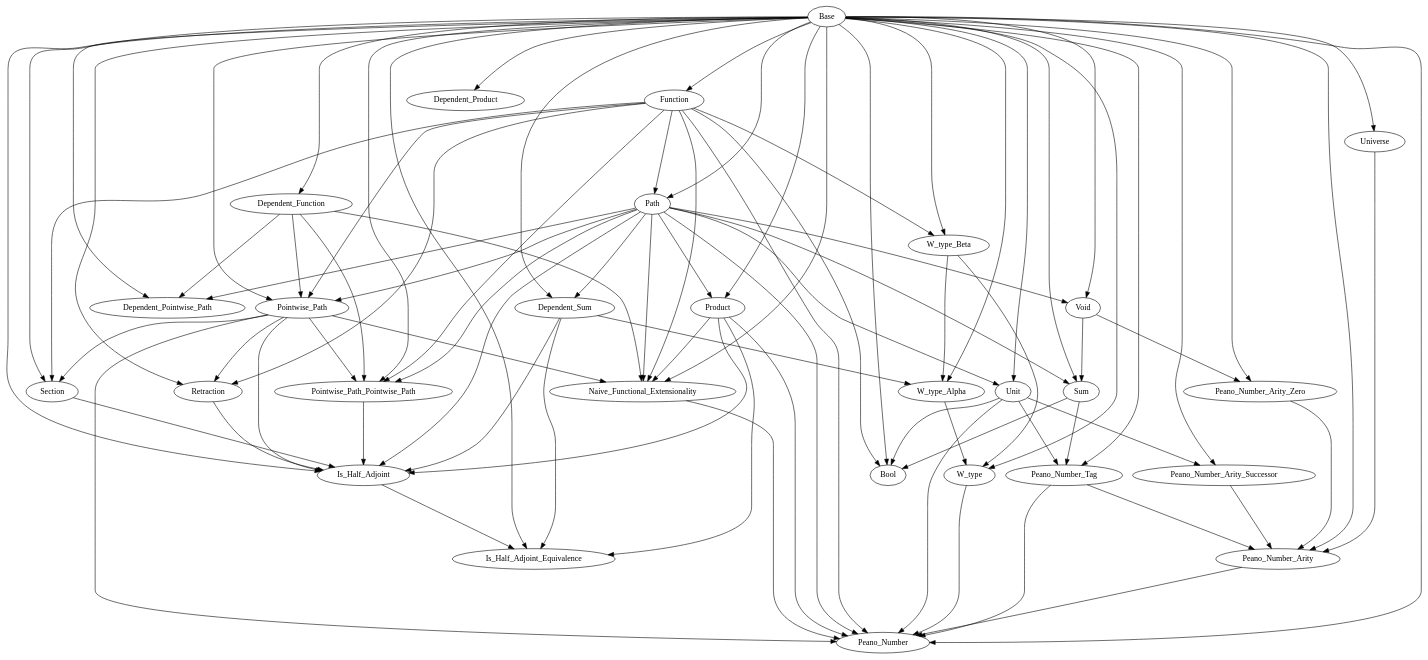
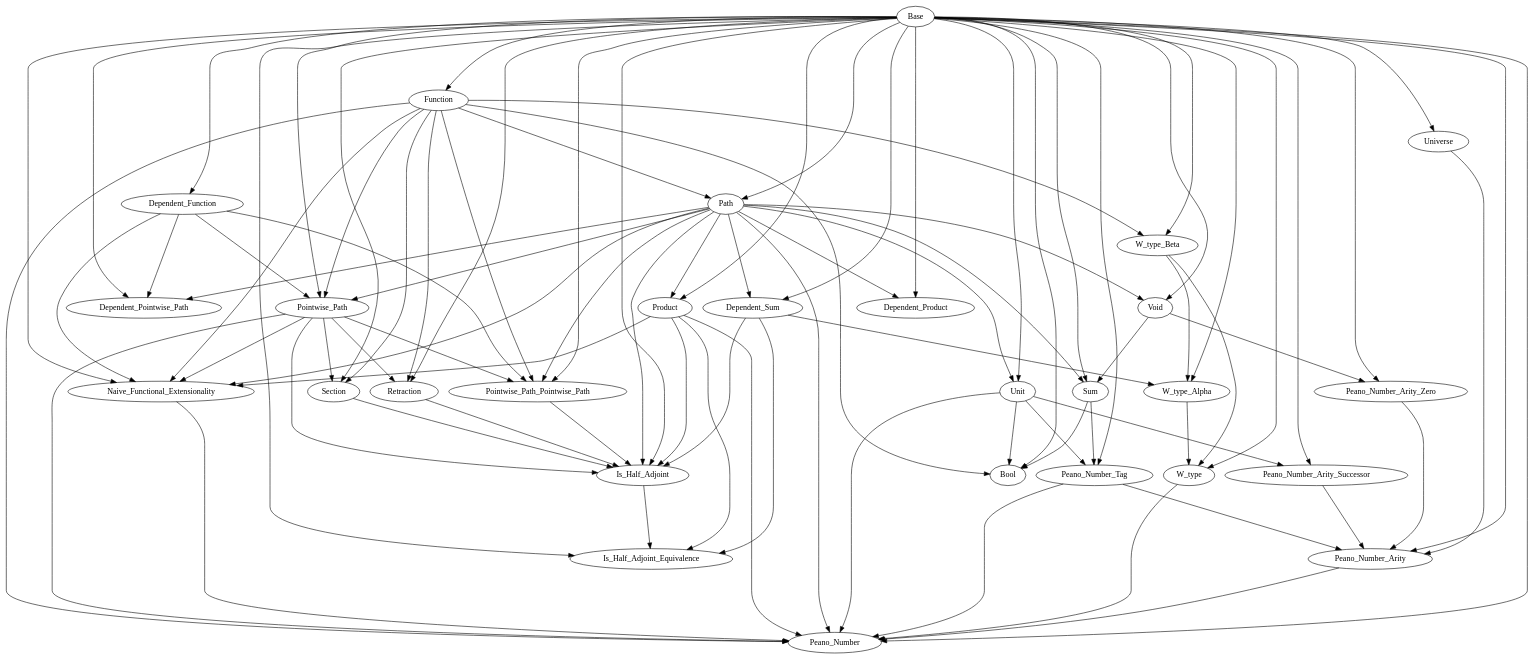
One commit to Hexirp/googology-in-coq changed the diagram in libraries/dependencies.gv. Above: the diagram before and after it, drawn with Graphviz. The commit also changed 1 other file, not shown here.

Commit message:
Update: Dependent_Product の余場合分けを実装する

```diff
--- a/libraries/dependencies.gv
+++ b/libraries/dependencies.gv
@@ -1,119 +1,120 @@
 digraph Dependencies {
   edge [ minlen = 3 ];
 
   # Base
   # Dependent_Function
   "Base" -> "Dependent_Function";
   # Function
   "Base" -> "Function";
   # Path
   "Base" -> "Path";
   "Function" -> "Path";
   # Void
   "Base" -> "Void";
   "Path" -> "Void";
   # Unit
   "Base" -> "Unit";
   "Path" -> "Unit";
   # Sum
   "Base" -> "Sum";
   "Path" -> "Sum";
   "Void" -> "Sum";
   # Product
   "Base" -> "Product";
   "Path" -> "Product";
   # Dependent_Sum
   "Base" -> "Dependent_Sum";
   "Path" -> "Dependent_Sum";
   # Dependent_Product
   "Base" -> "Dependent_Product";
+  "Path" -> "Dependent_Product";
   # W_type_Beta
   "Base" -> "W_type_Beta";
   "Function" -> "W_type_Beta";
   # W_type_Alpha
   "Base" -> "W_type_Alpha";
   "Dependent_Sum" -> "W_type_Alpha";
   "W_type_Beta" -> "W_type_Alpha";
   # W_type
   "Base" -> "W_type";
   "W_type_Alpha" -> "W_type";
   "W_type_Beta" -> "W_type";
   # Universe
   "Base" -> "Universe";
   # Dependent_Pointwise_Path
   "Base" -> "Dependent_Pointwise_Path";
   "Dependent_Function" -> "Dependent_Pointwise_Path";
   "Path" -> "Dependent_Pointwise_Path";
   # Pointwise_Path
   "Base" -> "Pointwise_Path";
   "Dependent_Function" -> "Pointwise_Path";
   "Function" -> "Pointwise_Path";
   "Path" -> "Pointwise_Path";
   # Pointwise_Path_Pointwise_Path
   "Base" -> "Pointwise_Path_Pointwise_Path";
   "Dependent_Function" -> "Pointwise_Path_Pointwise_Path";
   "Function" -> "Pointwise_Path_Pointwise_Path";
   "Path" -> "Pointwise_Path_Pointwise_Path";
   "Pointwise_Path" -> "Pointwise_Path_Pointwise_Path";
   # Section
   "Base" -> "Section";
   "Function" -> "Section";
   "Pointwise_Path" -> "Section";
   # Retraction
   "Base" -> "Retraction";
   "Function" -> "Retraction";
   "Pointwise_Path" -> "Retraction";
   # Is_Half_Adjoint
   "Base" -> "Is_Half_Adjoint";
   "Dependent_Sum" -> "Is_Half_Adjoint";
   "Product" -> "Is_Half_Adjoint";
   "Path" -> "Is_Half_Adjoint";
   "Pointwise_Path" -> "Is_Half_Adjoint";
   "Pointwise_Path_Pointwise_Path" -> "Is_Half_Adjoint";
   "Section" -> "Is_Half_Adjoint";
   "Retraction" -> "Is_Half_Adjoint";
   # Is_Half_Adjoint_Equivalence
   "Base" -> "Is_Half_Adjoint_Equivalence";
   "Dependent_Sum" -> "Is_Half_Adjoint_Equivalence";
   "Product" -> "Is_Half_Adjoint_Equivalence";
   "Is_Half_Adjoint" -> "Is_Half_Adjoint_Equivalence";
   # Naive_Functional_Extensionality
   "Base" -> "Naive_Functional_Extensionality";
   "Dependent_Function" -> "Naive_Functional_Extensionality";
   "Function" -> "Naive_Functional_Extensionality";
   "Product" -> "Naive_Functional_Extensionality";
   "Path" -> "Naive_Functional_Extensionality";
   "Pointwise_Path" -> "Naive_Functional_Extensionality";
   # Bool
   "Base" -> "Bool";
   "Function" -> "Bool";
   "Sum" -> "Bool";
   "Unit" -> "Bool";
   # Peano_Number_Tag
   "Base" -> "Peano_Number_Tag";
   "Sum" -> "Peano_Number_Tag";
   "Unit" -> "Peano_Number_Tag";
   # Peano_Number_Arity_Zero
   "Base" -> "Peano_Number_Arity_Zero";
   "Void" -> "Peano_Number_Arity_Zero";
   # Peano_Number_Arity_Successor
   "Base" -> "Peano_Number_Arity_Successor";
   "Unit" -> "Peano_Number_Arity_Successor";
   # Peano_Number_Arity
   "Base" -> "Peano_Number_Arity";
   "Universe" -> "Peano_Number_Arity";
   "Peano_Number_Tag" -> "Peano_Number_Arity";
   "Peano_Number_Arity_Zero" -> "Peano_Number_Arity";
   "Peano_Number_Arity_Successor" -> "Peano_Number_Arity";
   # Peano_Number
   "Base" -> "Peano_Number";
   "Function" -> "Peano_Number";
   "Product" -> "Peano_Number";
   "Unit" -> "Peano_Number";
   "W_type" -> "Peano_Number";
   "Path" -> "Peano_Number";
   "Pointwise_Path" -> "Peano_Number";
   "Naive_Functional_Extensionality" -> "Peano_Number";
   "Peano_Number_Tag" -> "Peano_Number";
   "Peano_Number_Arity" -> "Peano_Number";
 }
```
